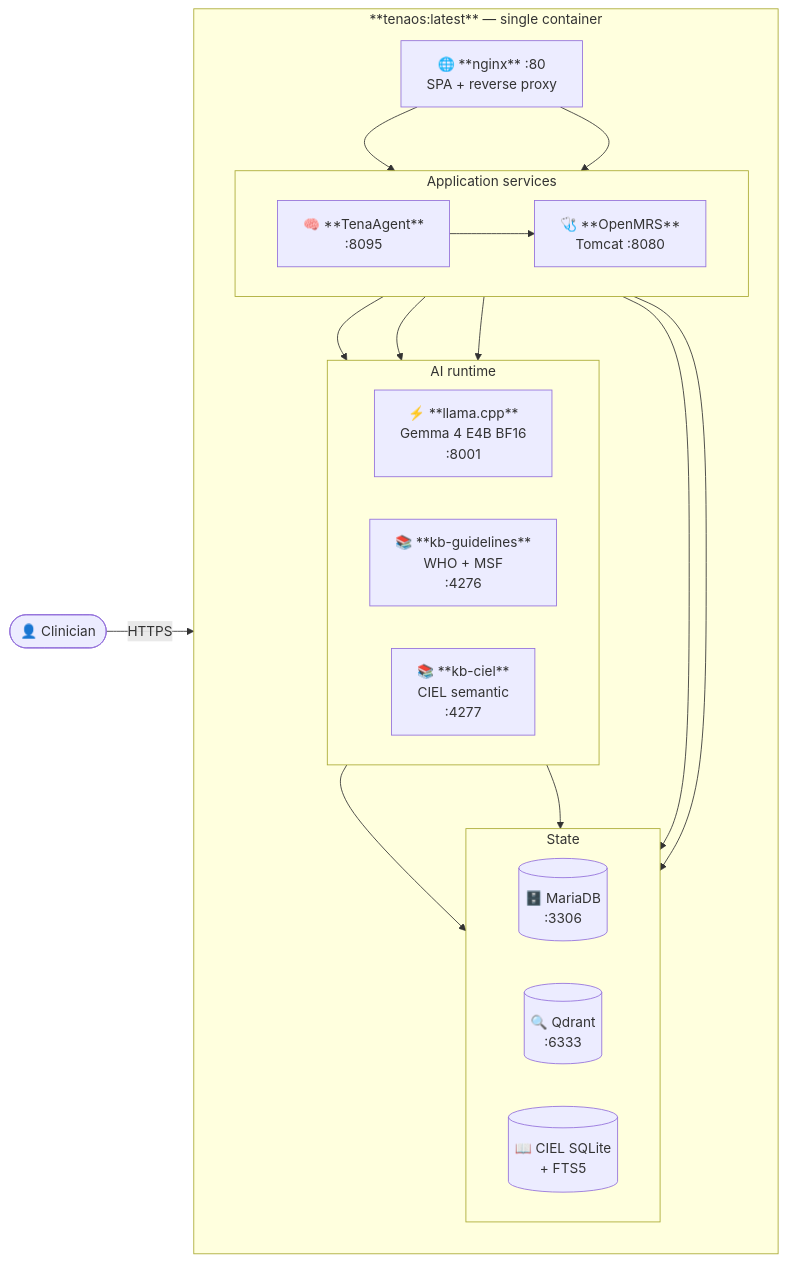
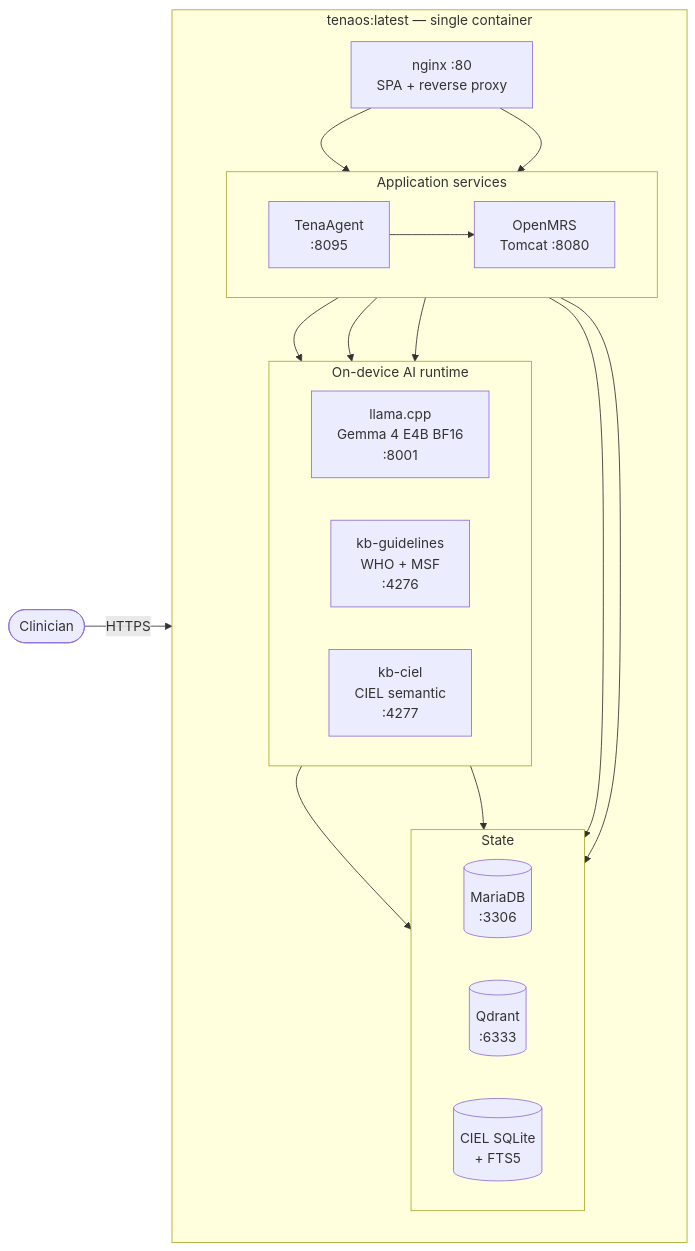
One commit to brookyale0512/TenaOS changed the diagram in README.md. Above: the diagram before and after it, drawn with Mermaid. The commit also changed other lines of this file, not shown here.

````diff
--- a/README.md
+++ b/README.md
@@ -35,43 +90,43 @@
 ```mermaid
 flowchart LR
-    Clinician(["👤 Clinician"])
+    Clinician(["Clinician"])
 
-    subgraph Container ["**tenaos:latest** — single container"]
+    subgraph Container ["tenaos:latest — single container"]
         direction TB
 
-        Nginx["🌐 **nginx** :80<br/>SPA + reverse proxy"]
+        Nginx["nginx :80<br/>SPA + reverse proxy"]
 
         subgraph AppRow ["Application services"]
             direction LR
-            Agent["🧠 **TenaAgent**<br/>:8095"]
-            OMRS["🩺 **OpenMRS**<br/>Tomcat :8080"]
+            Agent["TenaAgent<br/>:8095"]
+            OMRS["OpenMRS<br/>Tomcat :8080"]
         end
 
-        subgraph AIRow ["AI runtime"]
+        subgraph AIRow ["On-device AI runtime"]
             direction LR
-            LLM["⚡ **llama.cpp**<br/>Gemma 4 E4B BF16<br/>:8001"]
-            KBG["📚 **kb-guidelines**<br/>WHO + MSF<br/>:4276"]
-            KBC["📚 **kb-ciel**<br/>CIEL semantic<br/>:4277"]
+            LLM["llama.cpp<br/>Gemma 4 E4B BF16<br/>:8001"]
+            KBG["kb-guidelines<br/>WHO + MSF<br/>:4276"]
+            KBC["kb-ciel<br/>CIEL semantic<br/>:4277"]
         end
 
         subgraph DataRow ["State"]
             direction LR
-            DB[("🗄️ MariaDB<br/>:3306")]
-            QD[("🔍 Qdrant<br/>:6333")]
-            CIEL[("📖 CIEL SQLite<br/>+ FTS5")]
+            DB[("MariaDB<br/>:3306")]
+            QD[("Qdrant<br/>:6333")]
+            CIEL[("CIEL SQLite<br/>+ FTS5")]
         end
 
         Nginx --> Agent
         Nginx --> OMRS
         Agent --> OMRS
         Agent --> LLM
         Agent --> KBG
         Agent --> KBC
         Agent --> CIEL
         OMRS --> DB
         KBG --> QD
         KBC --> QD
     end
 
     Clinician -->|"HTTPS"| Nginx
 ```
````
